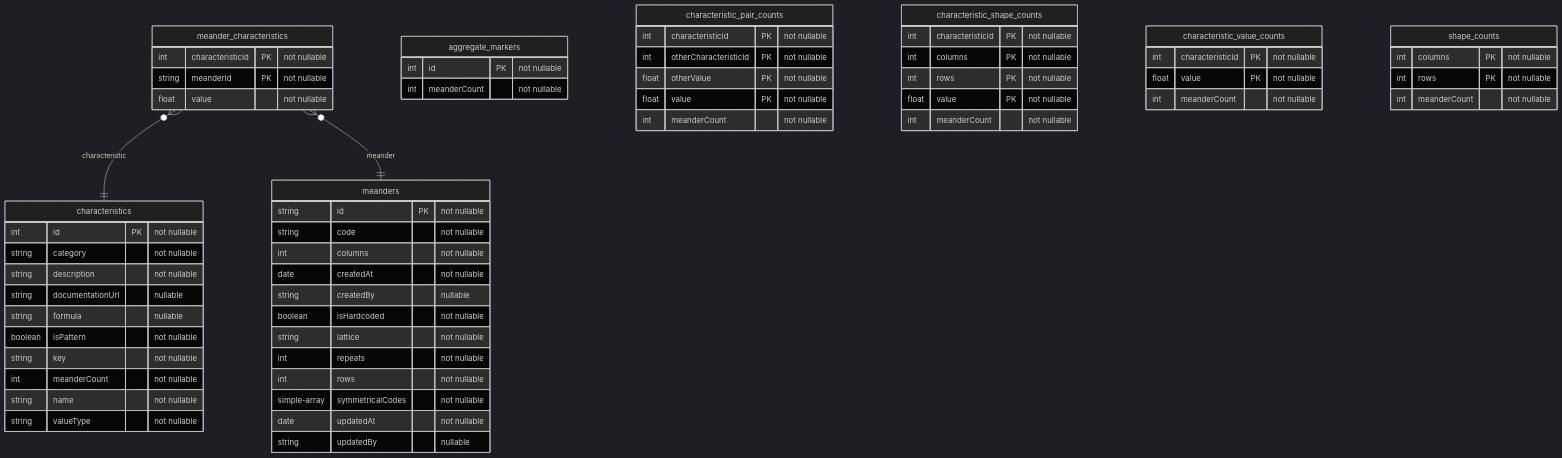
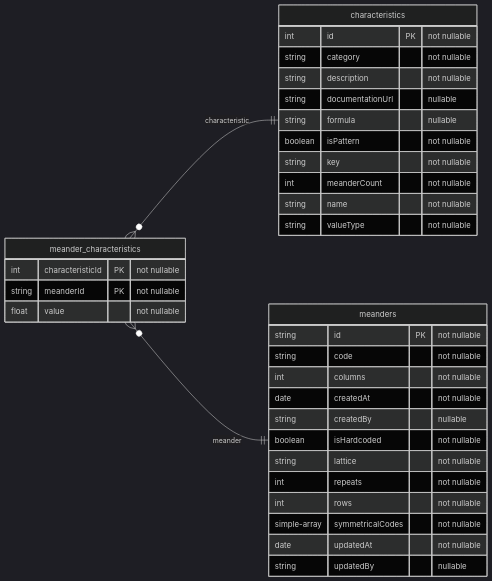
Before and after one commit to organizzolini/codebase: the first of 2 diagrams in projects/meanderaw/meanderaw-db/documentation/entity-relationship-diagram.md, drawn with Mermaid (dark theme). The commit also changed 247 other files, not shown here.

Commit message:
feat(caelundas,persistence): ✨ rework the calendar views, tag structure and compact graph docs

````diff
--- a/projects/meanderaw/meanderaw-db/documentation/entity-relationship-diagram.md
+++ b/projects/meanderaw/meanderaw-db/documentation/entity-relationship-diagram.md
@@ -5,64 +9,37 @@
 ```mermaid
 erDiagram
+  direction LR
   meander_characteristics }o--|| characteristics : characteristic
   meander_characteristics }o--|| meanders : meander
-  aggregate_markers {
-    int id PK "not nullable"
-    int meanderCount "not nullable"
-  }
   characteristics {
     int id PK "not nullable"
     string category "not nullable"
     string description "not nullable"
     string documentationUrl "nullable"
     string formula "nullable"
     boolean isPattern "not nullable"
     string key "not nullable"
     int meanderCount "not nullable"
     string name "not nullable"
     string valueType "not nullable"
-  }
-  characteristic_pair_counts {
-    int characteristicId PK "not nullable"
-    int otherCharacteristicId PK "not nullable"
-    float otherValue PK "not nullable"
-    float value PK "not nullable"
-    int meanderCount "not nullable"
-  }
-  characteristic_shape_counts {
-    int characteristicId PK "not nullable"
-    int columns PK "not nullable"
-    int rows PK "not nullable"
-    float value PK "not nullable"
-    int meanderCount "not nullable"
-  }
-  characteristic_value_counts {
-    int characteristicId PK "not nullable"
-    float value PK "not nullable"
-    int meanderCount "not nullable"
   }
   meanders {
     string id PK "not nullable"
     string code "not nullable"
     int columns "not nullable"
     date createdAt "not nullable"
     string createdBy "nullable"
     boolean isHardcoded "not nullable"
     string lattice "not nullable"
     int repeats "not nullable"
     int rows "not nullable"
     simple-array symmetricalCodes "not nullable"
     date updatedAt "not nullable"
     string updatedBy "nullable"
   }
   meander_characteristics {
     int characteristicId PK "not nullable"
     string meanderId PK "not nullable"
     float value "not nullable"
   }
-  shape_counts {
-    int columns PK "not nullable"
-    int rows PK "not nullable"
-    int meanderCount "not nullable"
-  }
 ```
````
